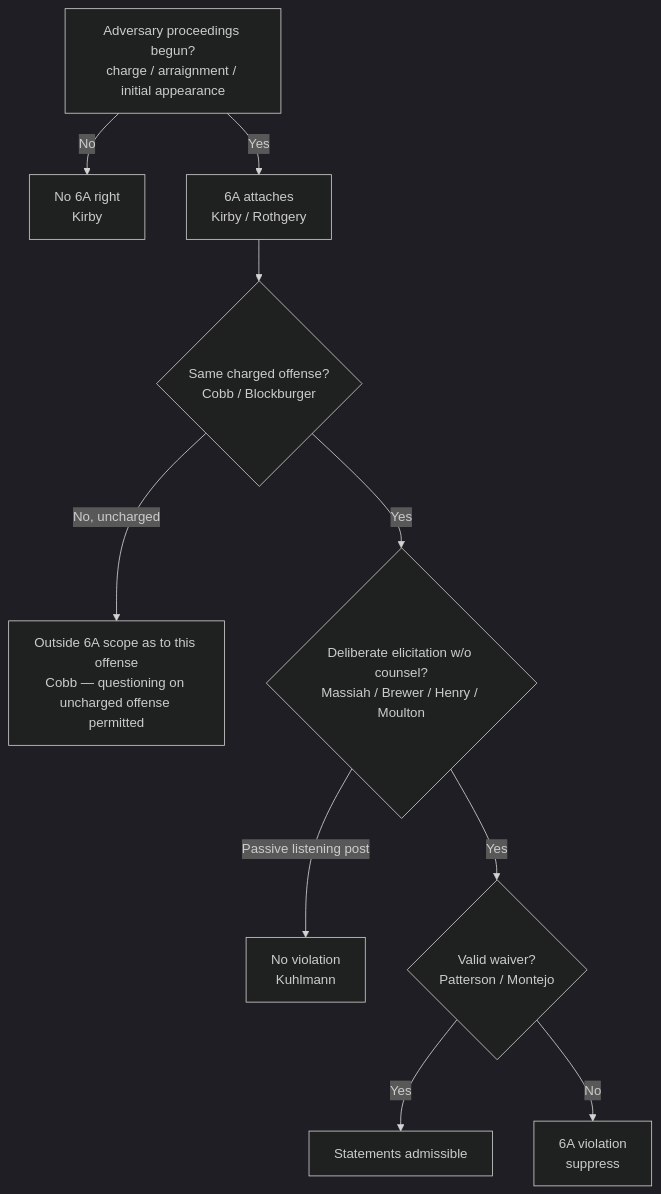
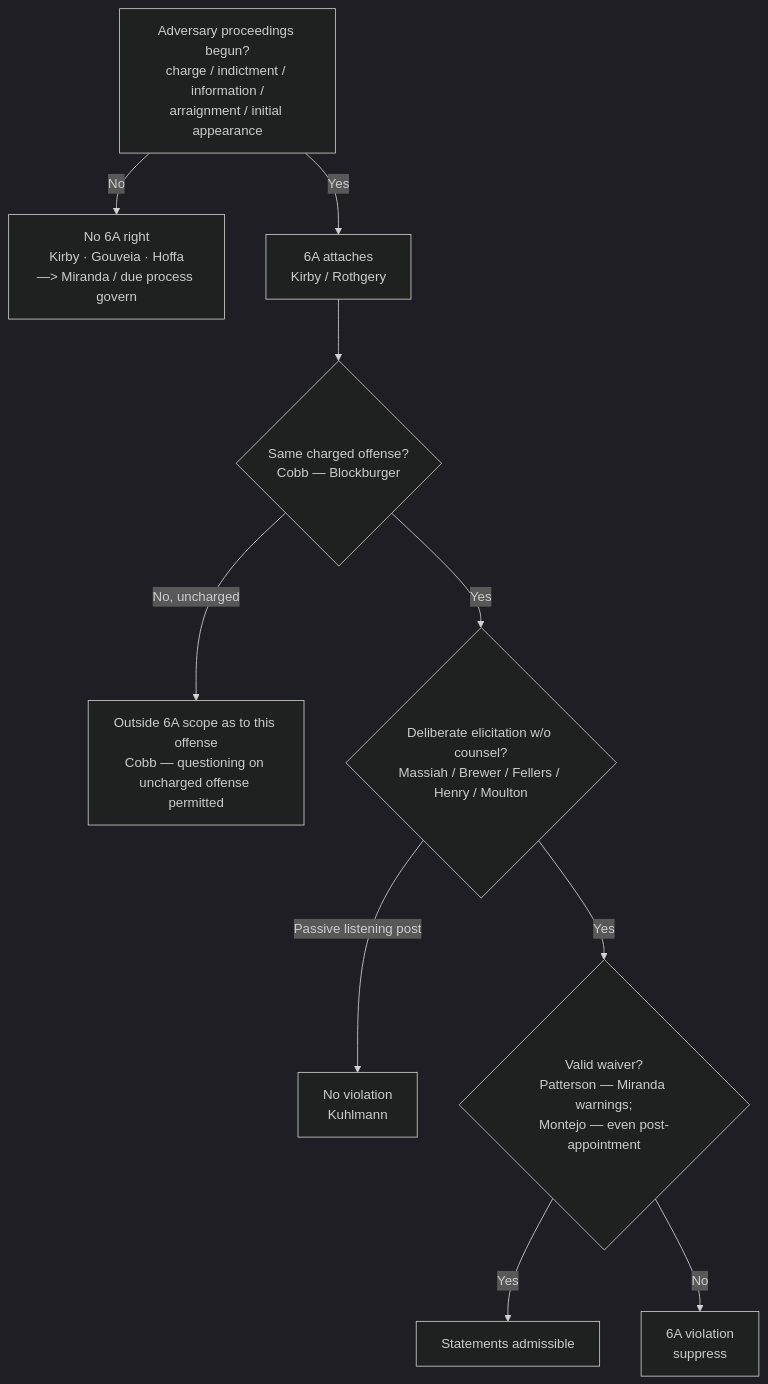
The diagram in content/9-confessions-interrogation/Sixth Amendment Right to Counsel.md (Enragedsaturday/cssi), drawn with Mermaid (dark theme) before and after one commit. The commit also changed other lines of this file and 6 other files, not shown here.

````diff
--- a/content/9-confessions-interrogation/Sixth Amendment Right to Counsel.md
+++ b/content/9-confessions-interrogation/Sixth Amendment Right to Counsel.md
@@ -65,12 +100,12 @@
 ```mermaid
 flowchart TD
-    A[Adversary proceedings begun?<br/>charge / arraignment / initial appearance] -->|No| B[No 6A right<br/>Kirby]
+    A[Adversary proceedings begun?<br/>charge / indictment / information /<br/>arraignment / initial appearance] -->|No| B[No 6A right<br/>Kirby · Gouveia · Hoffa<br/>—> Miranda / due process govern]
     A -->|Yes| C[6A attaches<br/>Kirby / Rothgery]
-    C --> D{Same charged offense?<br/>Cobb / Blockburger}
+    C --> D{Same charged offense?<br/>Cobb — Blockburger}
     D -->|No, uncharged| J[Outside 6A scope as to this offense<br/>Cobb — questioning on uncharged offense permitted]
-    D -->|Yes| E{Deliberate elicitation w/o counsel?<br/>Massiah / Brewer / Henry / Moulton}
+    D -->|Yes| E{Deliberate elicitation w/o counsel?<br/>Massiah / Brewer / Fellers / Henry / Moulton}
     E -->|Passive listening post| F[No violation<br/>Kuhlmann]
-    E -->|Yes| G{Valid waiver?<br/>Patterson / Montejo}
+    E -->|Yes| G{Valid waiver?<br/>Patterson — Miranda warnings;<br/>Montejo — even post-appointment}
     G -->|Yes| H[Statements admissible]
     G -->|No| I[6A violation<br/>suppress]
 ```
````
